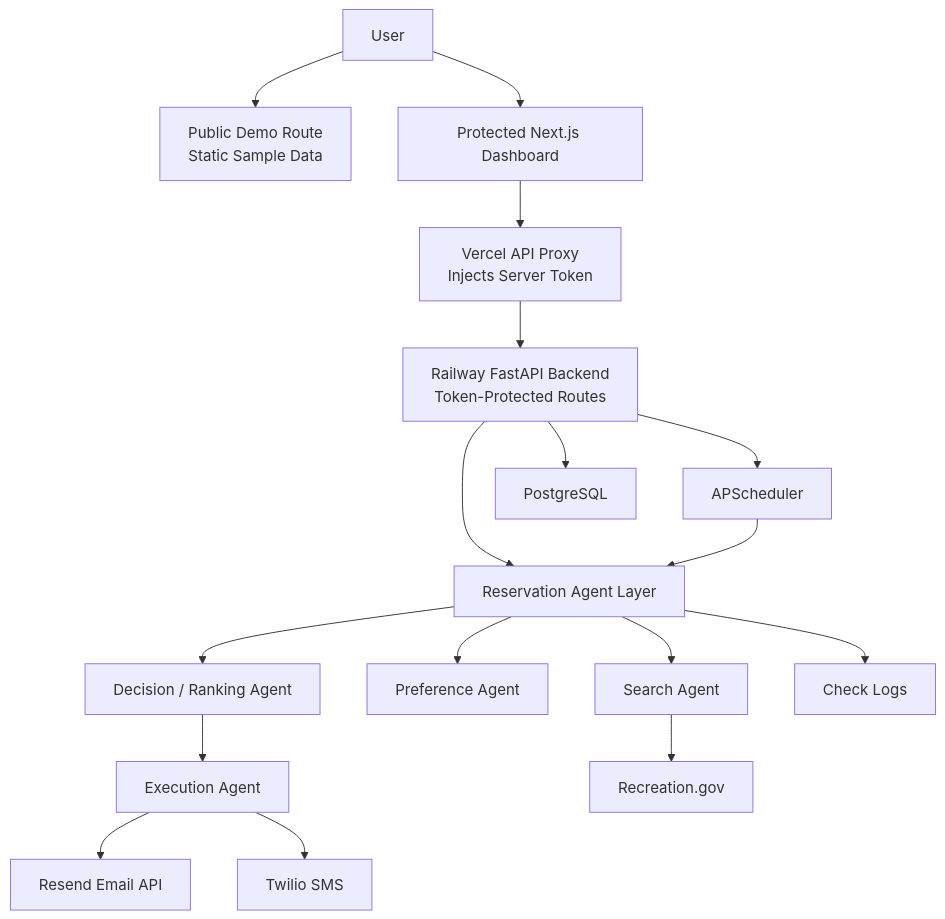
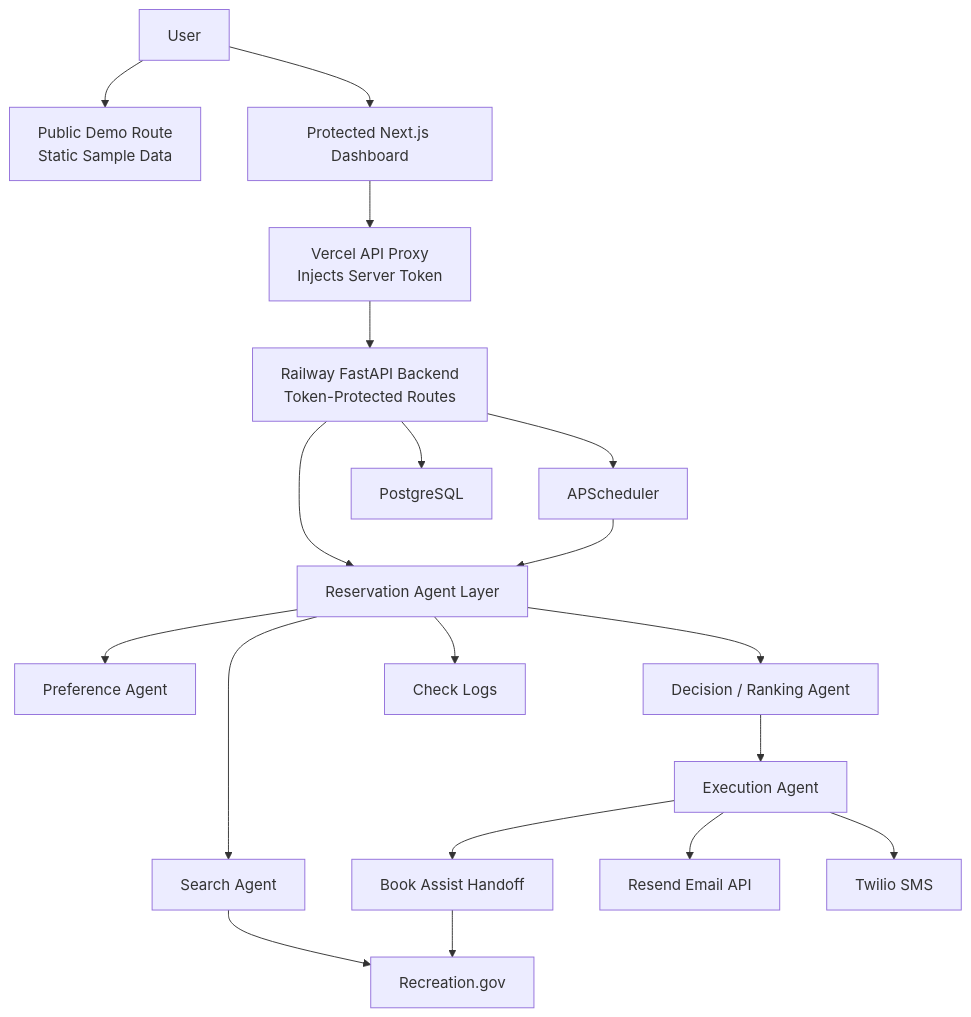
One commit to srs312-lab/parkreserve-ai changed the diagram in README.md. Above: the diagram before and after it, drawn with Mermaid. The commit also changed other lines of this file and 9 other files, not shown here.

Commit message:
Add book assist booking intents

````diff
--- a/README.md
+++ b/README.md
@@ -67,36 +68,39 @@
 ```mermaid
 flowchart TD
     User["User"]
     PublicDemo["Public Demo Route<br/>Static Sample Data"]
     Dashboard["Protected Next.js Dashboard"]
     Proxy["Vercel API Proxy<br/>Injects Server Token"]
     API["Railway FastAPI Backend<br/>Token-Protected Routes"]
     Agent["Reservation Agent Layer"]
     Search["Search Agent"]
     Preference["Preference Agent"]
     Decision["Decision / Ranking Agent"]
     Execution["Execution Agent"]
+    BookAssist["Book Assist Handoff"]
     Logs["Check Logs"]
     Recreation["Recreation.gov"]
     Scheduler["APScheduler"]
     Database["PostgreSQL"]
     Email["Resend Email API"]
     SMS["Twilio SMS"]
 
     User --> PublicDemo
     User --> Dashboard
     Dashboard --> Proxy
     Proxy --> API
     API --> Agent
     API --> Scheduler
     API --> Database
     Agent --> Preference
     Agent --> Search
     Search --> Recreation
     Agent --> Decision
     Decision --> Execution
     Scheduler --> Agent
     Agent --> Logs
     Execution --> Email
     Execution --> SMS
+    Execution --> BookAssist
+    BookAssist --> Recreation
 ```
````
